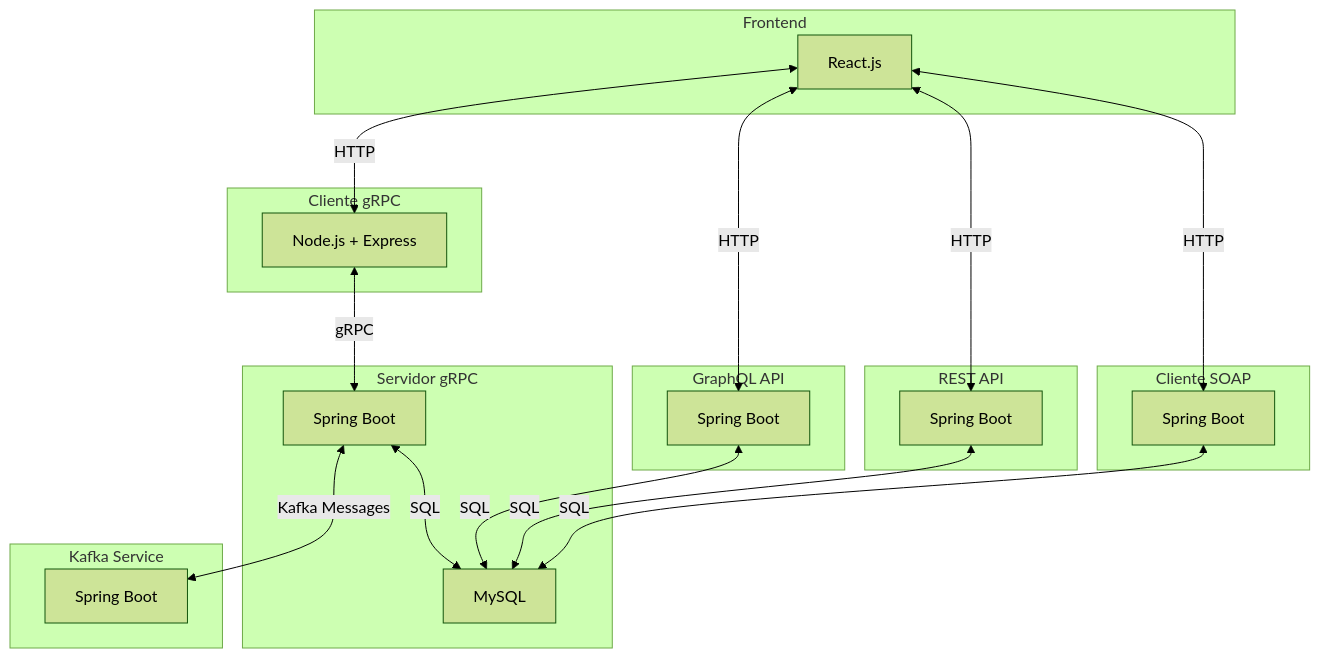
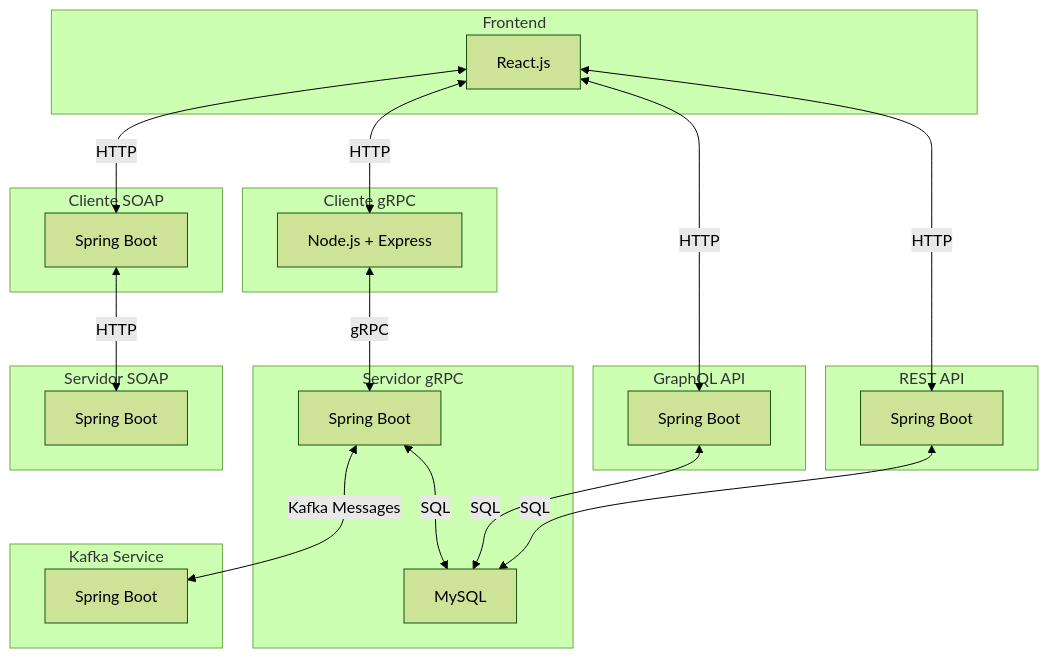
The diagram in README.md (MaximilianoCalahorra/TP-Distribuidos-GrupoC-backend), drawn with Mermaid (forest theme) before and after one commit.

Commit message:
MC | Corrección sobre el diagrama de arquitectura

````diff
--- a/README.md
+++ b/README.md
@@ -22,42 +22,46 @@
 ```mermaid
 flowchart TD
     subgraph frontend [Frontend]
         UI[React.js]
     end
 
     subgraph client [Cliente gRPC]
         API[Node.js + Express]
     end
 
     subgraph server [Servidor gRPC]
         Srv[Spring Boot]
         DB[MySQL]
     end
 
     subgraph kafkaSrv [Kafka Service]
         Kafka[Spring Boot]
     end
 
     subgraph graphql [GraphQL API]
         GraphQL[Spring Boot]
     end
 
     subgraph rest [REST API]
         REST[Spring Boot]
     end
 
     subgraph soap [Cliente SOAP]
         SOAP[Spring Boot]
     end
 
+    subgraph soapSrv [Servidor SOAP]
+        SOAPSrv[Spring Boot]
+    end
+
     UI <-->|HTTP| API
     API <-->|gRPC| Srv
     Srv <-->|SQL| DB
     Srv <-->|Kafka Messages| Kafka
     UI <--> |HTTP| GraphQL
     UI <--> |HTTP| REST
     UI <--> |HTTP| SOAP
     GraphQL <-->|SQL| DB
     REST <-->|SQL| DB
-    SOAP <-->|SQL| DB
+    SOAP <--> |HTTP| SOAPSrv
 ```
````
